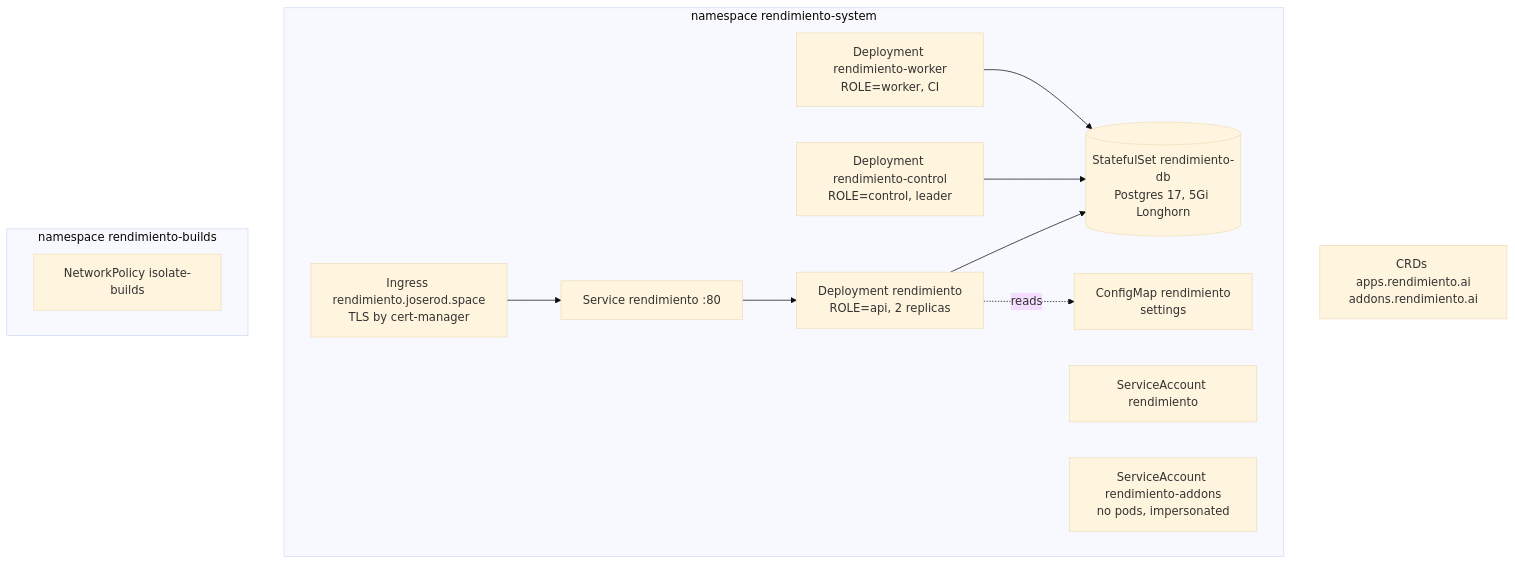
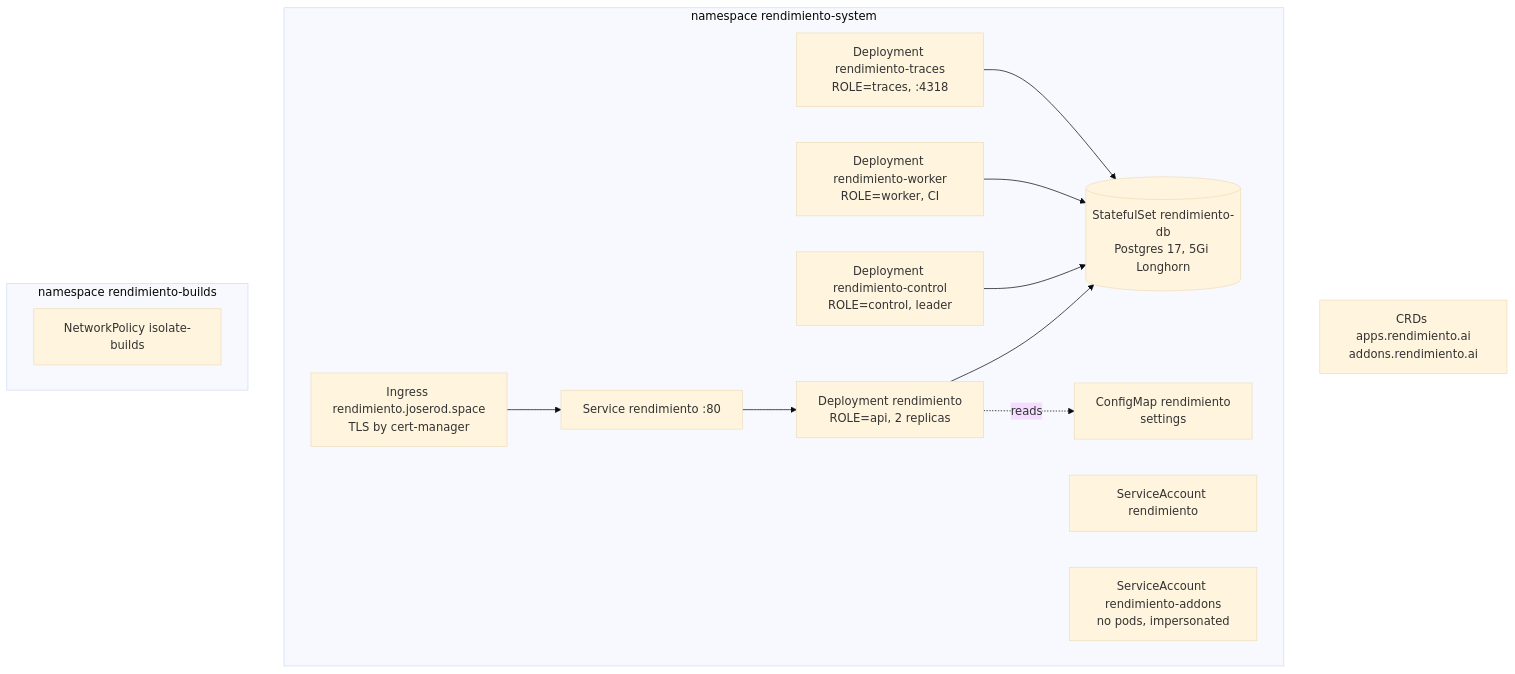
The first of 2 diagrams in docs/content/environment/deploy.md (p0dxD/rendimiento.ai), drawn with Mermaid (base theme) before and after one commit. The commit also changed other lines of this file and 30 other files, not shown here.

````diff
--- a/docs/content/environment/deploy.md
+++ b/docs/content/environment/deploy.md
@@ -37,22 +37,24 @@
 ```mermaid
 flowchart TB
     subgraph rs[namespace rendimiento-system]
         dep[Deployment rendimiento<br/>ROLE=api, 2 replicas]
         ctl[Deployment rendimiento-control<br/>ROLE=control, leader]
         wrk[Deployment rendimiento-worker<br/>ROLE=worker, CI]
+        trc[Deployment rendimiento-traces<br/>ROLE=traces, :4318]
         svc[Service rendimiento :80]
         ing[Ingress rendimiento.joserod.space<br/>TLS by cert-manager]
         db[(StatefulSet rendimiento-db<br/>Postgres 17, 5Gi Longhorn)]
         cm[ConfigMap rendimiento<br/>settings]
         sa[ServiceAccount rendimiento]
         sa2[ServiceAccount rendimiento-addons<br/>no pods, impersonated]
     end
     subgraph rb[namespace rendimiento-builds]
         np[NetworkPolicy isolate-builds]
     end
     crds[CRDs apps.rendimiento.ai<br/>addons.rendimiento.ai]
     ing --> svc --> dep --> db
     ctl --> db
     wrk --> db
+    trc --> db
     dep -. reads .-> cm
 ```
````
